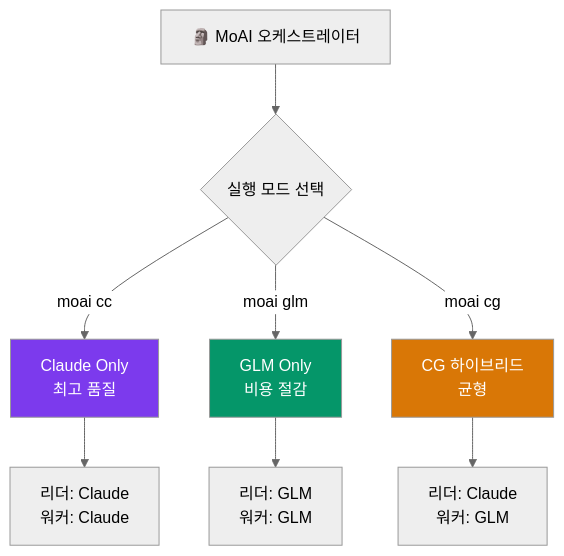
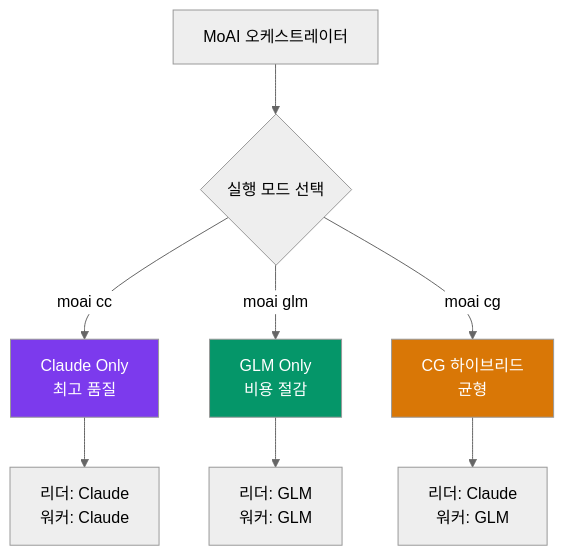
Before and after one commit to modu-ai/moai-adk: the diagram in docs-site/content/ko/multi-llm/_index.md, drawn with Mermaid (neutral theme). The commit also changed other lines of this file and 395 other files, not shown here.

````diff
--- a/docs-site/content/ko/multi-llm/_index.md
+++ b/docs-site/content/ko/multi-llm/_index.md
@@ -41,15 +45,15 @@
 ```mermaid
 graph TD
-    A["🗿 MoAI 오케스트레이터"] --> B{"실행 모드 선택"}
+    A["MoAI 오케스트레이터"] --> B{"실행 모드 선택"}
     B -->|"moai cc"| C["Claude Only<br/>최고 품질"]
     B -->|"moai glm"| D["GLM Only<br/>비용 절감"]
     B -->|"moai cg"| E["CG 하이브리드<br/>균형"]
 
     C --> F["리더: Claude<br/>워커: Claude"]
     D --> G["리더: GLM<br/>워커: GLM"]
     E --> H["리더: Claude<br/>워커: GLM"]
 
     style C fill:#7C3AED,color:#fff
     style D fill:#059669,color:#fff
     style E fill:#D97706,color:#fff
 ```
````
